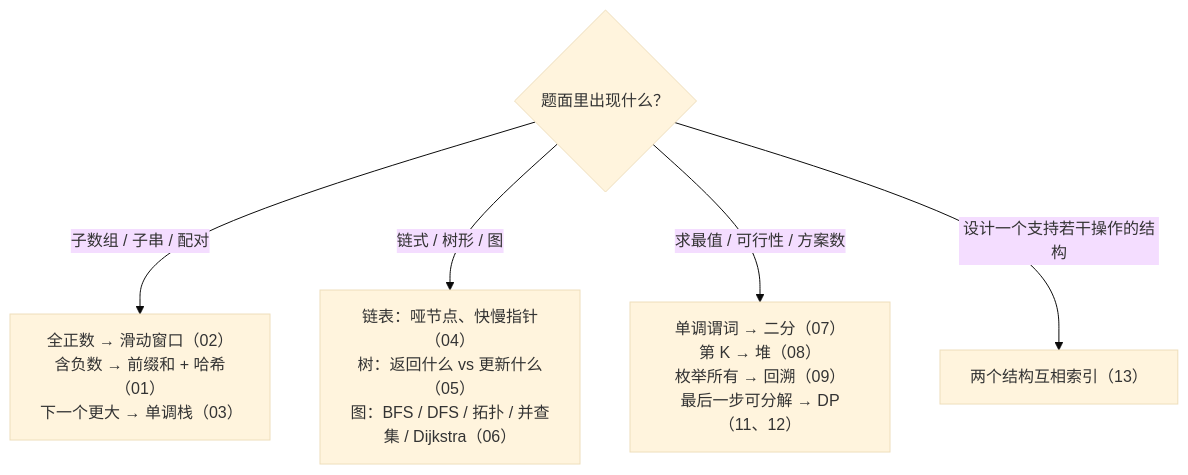
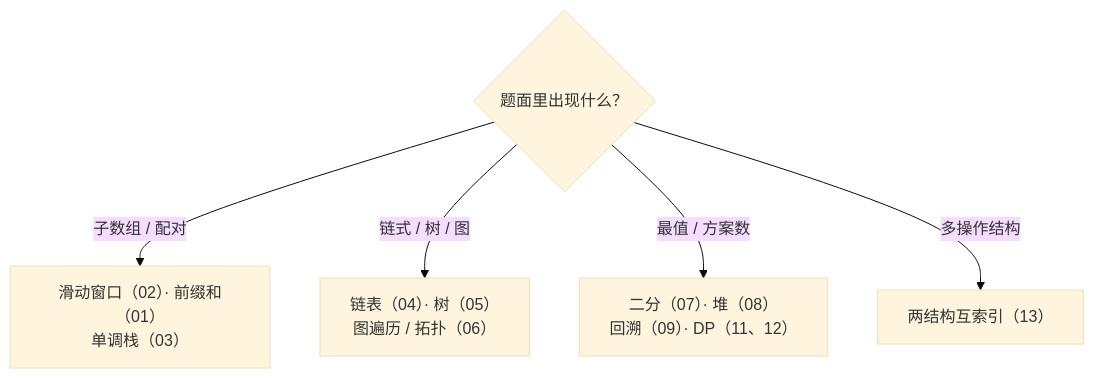
One commit to arganzheng/arganzheng.github.com changed the diagram in slides/2025-12-20-coding-interview.md. Above: the diagram before and after it, drawn with Mermaid (base theme). The commit also changed other lines of this file, not shown here.

Commit message:
slides(2025-12-20-coding-interview): 图内文字 ≥14px——标签缩短/拆分/Unicode 数学

````diff
--- a/slides/2025-12-20-coding-interview.md
+++ b/slides/2025-12-20-coding-interview.md
@@ -31,9 +31,9 @@
 ```mermaid
 %%{init: {"flowchart": {"wrappingWidth": 200}}}%%
 flowchart TB
     Q{"题面里出现什么？"}
-    Q -- "子数组 / 子串 / 配对" --> A["全正数 → 滑动窗口（02）<br/>含负数 → 前缀和 + 哈希（01）<br/>下一个更大 → 单调栈（03）"]
-    Q -- "链式 / 树形 / 图" --> B["链表：哑节点、快慢指针（04）<br/>树：返回什么 vs 更新什么（05）<br/>图：BFS / DFS / 拓扑 / 并查集 / Dijkstra（06）"]
-    Q -- "求最值 / 可行性 / 方案数" --> C["单调谓词 → 二分（07）<br/>第 K → 堆（08）<br/>枚举所有 → 回溯（09）<br/>最后一步可分解 → DP（11、12）"]
-    Q -- "设计一个支持若干操作的结构" --> D["两个结构互相索引（13）"]
+    Q -- "子数组 / 配对" --> A["滑动窗口（02）· 前缀和（01）<br/>单调栈（03）"]
+    Q -- "链式 / 树 / 图" --> B["链表（04）· 树（05）<br/>图遍历 / 拓扑（06）"]
+    Q -- "最值 / 方案数" --> C["二分（07）· 堆（08）<br/>回溯（09）· DP（11、12）"]
+    Q -- "多操作结构" --> D["两结构互索引（13）"]
 ```
````
